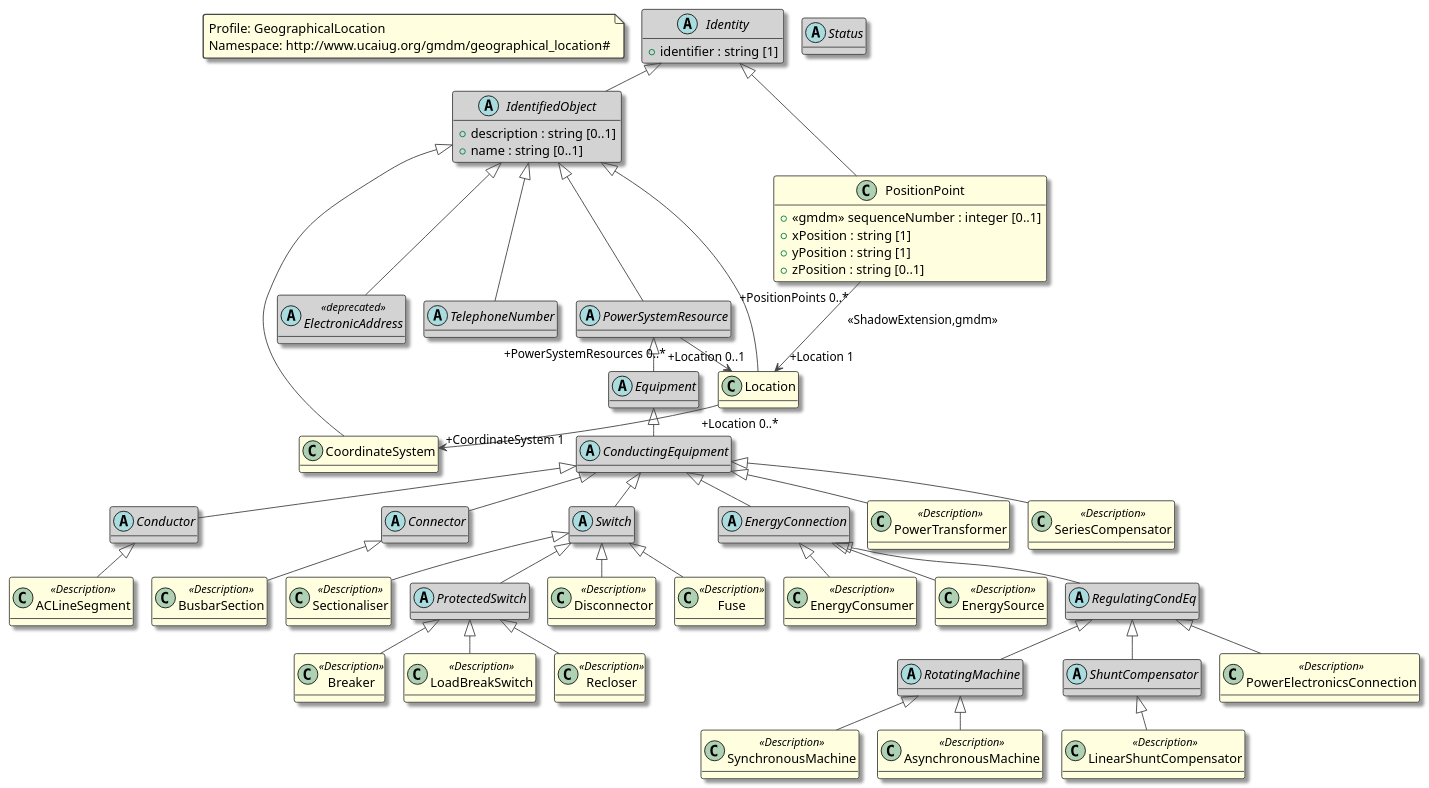
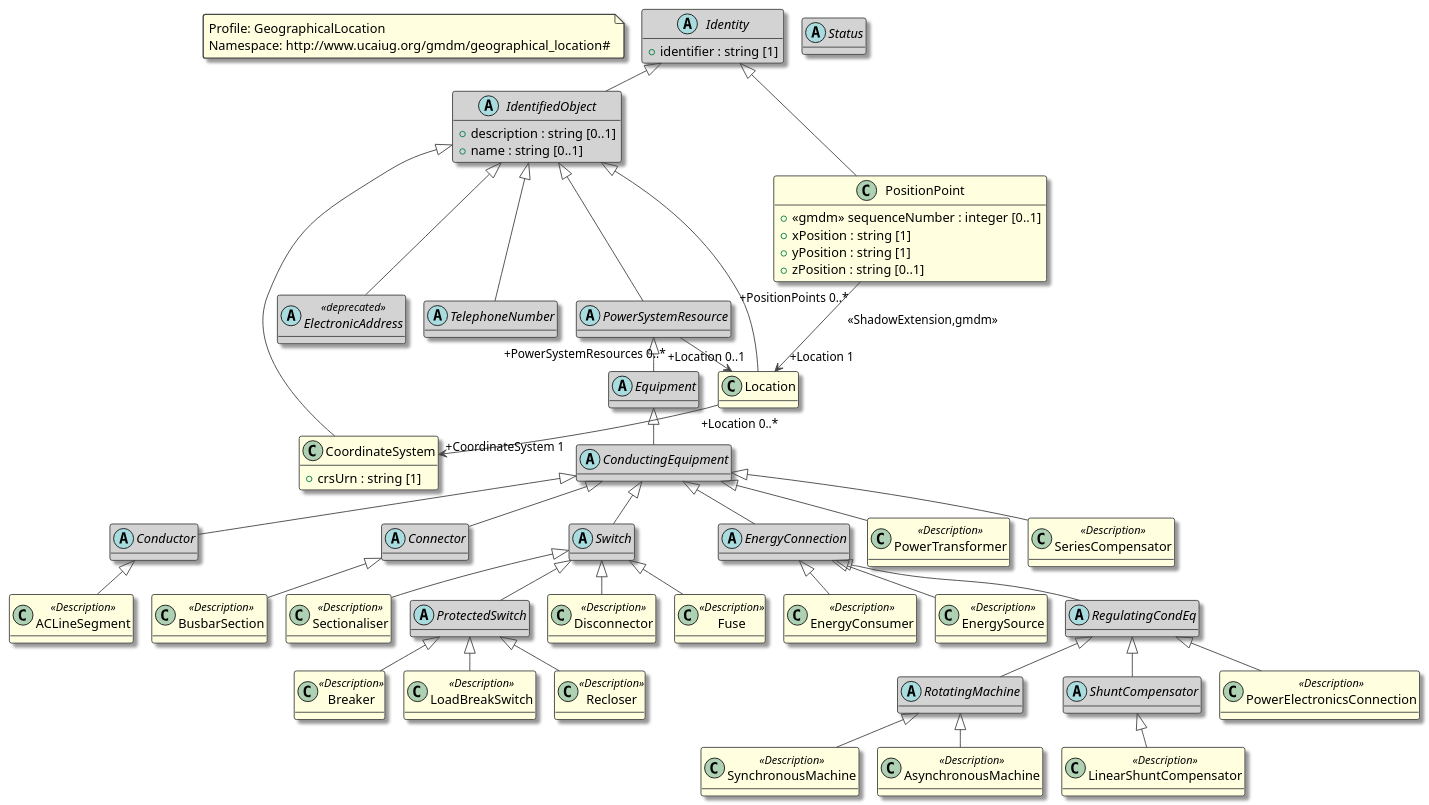
The diagram in CIMTool_project/GMDM II V1.3/Profiles/GeographicalLocation.rdfs-t2b.puml (epri-dev/GMDM-IOP), drawn with PlantUML before and after one commit. The commit also changed 12 other files, not shown here.

Commit message:
fix missing crsUrn

```diff
--- a/CIMTool_project/GMDM II V1.3/Profiles/GeographicalLocation.rdfs-t2b.puml
+++ b/CIMTool_project/GMDM II V1.3/Profiles/GeographicalLocation.rdfs-t2b.puml
@@ -141,6 +141,7 @@
 
 ' CoordinateSystem inherits from IdentifiedObject
 class CoordinateSystem   {
+   +crsUrn : string [1]
 }
 
 IdentifiedObject <|-- CoordinateSystem
```
